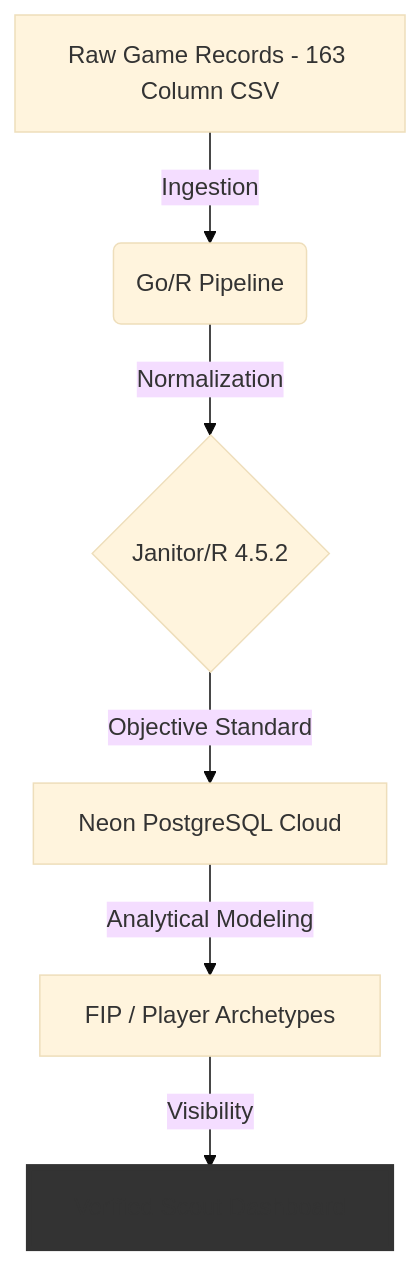
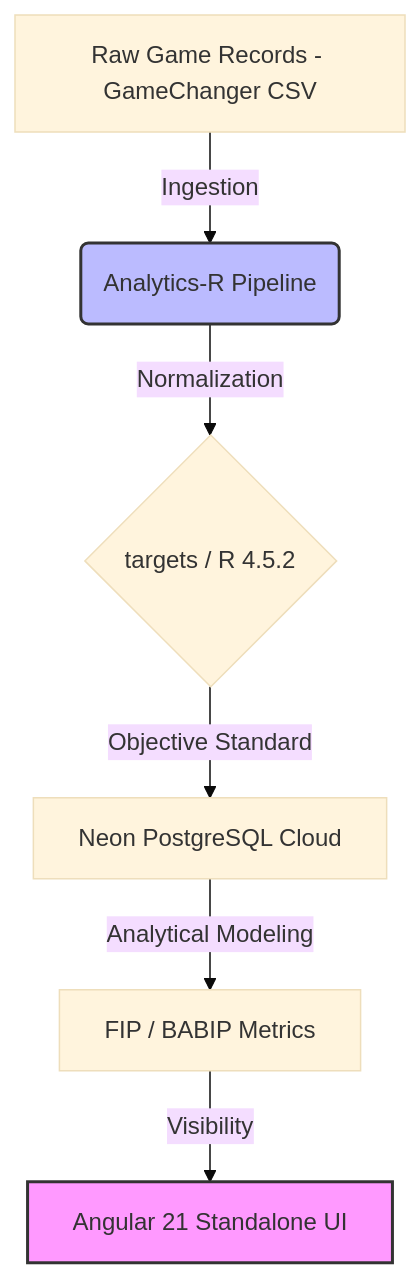
Before and after one commit to Diamond-Digest-Labs/basepoint: the diagram in README.md, drawn with Mermaid (base theme). The commit also changed other lines of this file, not shown here.

````diff
--- a/README.md
+++ b/README.md
@@ -15,11 +15,11 @@
 ```mermaid
 graph TD
-    A[Raw Game Records - 163 Column CSV] -->|Ingestion| B(Go/R Pipeline)
-    B -->|Normalization| C{Janitor/R 4.5.2}
+    A[Raw Game Records - GameChanger CSV] -->|Ingestion| B(Analytics-R Pipeline)
+    B -->|Normalization| C{targets / R 4.5.2}
     C -->|Objective Standard| D[Neon PostgreSQL Cloud]
-    D -->|Analytical Modeling| E[FIP / Player Archetypes]
-    E -->|Visibility| F[Verified Scout Dashboard]
+    D -->|Analytical Modeling| E[FIP / BABIP Metrics]
+    E -->|Visibility| F[Angular 21 Standalone UI]
     
-    style F fill:#333,stroke:#333,stroke-width:4px
-
+    style F fill:#f9f,stroke:#333,stroke-width:2px
+    style B fill:#bbf,stroke:#333,stroke-width:2px
 ```
````
